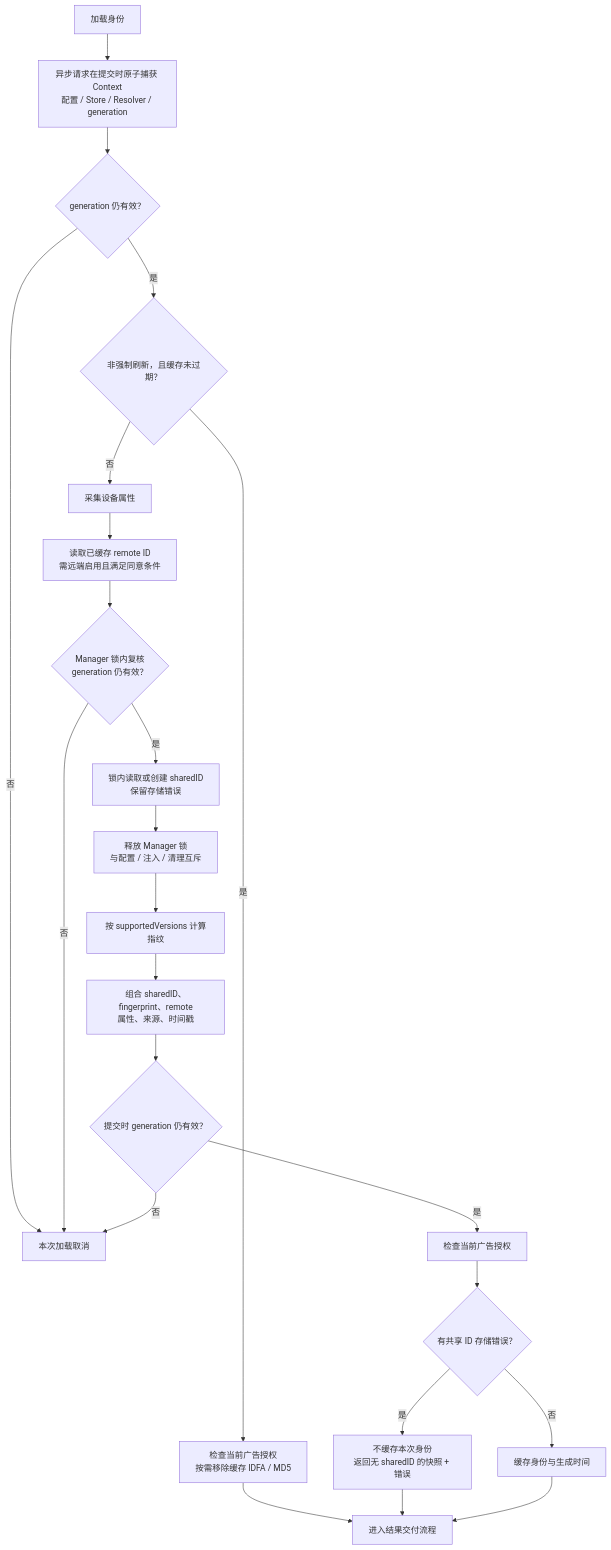
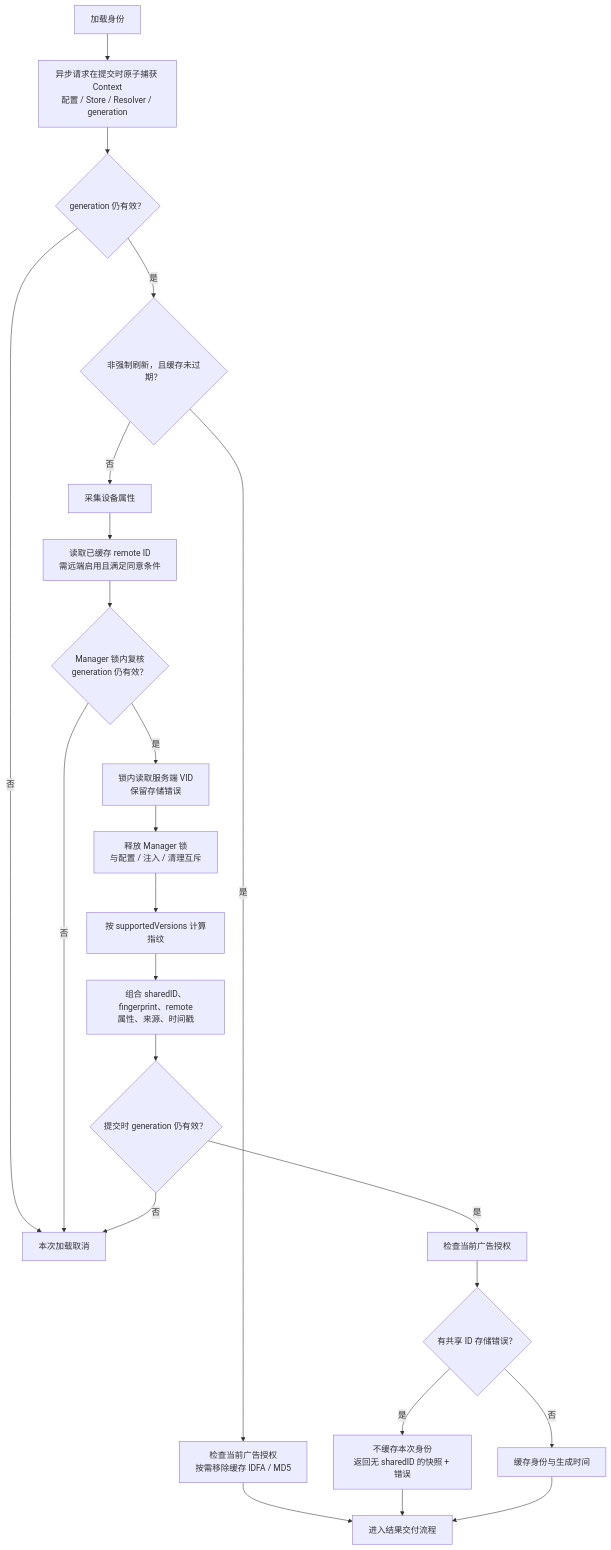
The third of 13 diagrams in PBCrossAppUniqueDeviceIdentifier/Docs/FeatureFlows.md (shanbozhu/TestOC), drawn with Mermaid before and after one commit. The commit also changed other lines of this file and 20 other files, not shown here.

````diff
--- a/PBCrossAppUniqueDeviceIdentifier/Docs/FeatureFlows.md
+++ b/PBCrossAppUniqueDeviceIdentifier/Docs/FeatureFlows.md
@@ -89,25 +89,25 @@
 ```mermaid
 flowchart TD
     Start["加载身份"] --> Context["异步请求在提交时原子捕获 Context<br/>配置 / Store / Resolver / generation"]
     Context --> Valid{"generation 仍有效？"}
     Valid -->|否| Cancel["本次加载取消"]
     Valid -->|是| Hit{"非强制刷新，且缓存未过期？"}
     Hit -->|是| Cached["检查当前广告授权<br/>按需移除缓存 IDFA / MD5"]
     Cached --> Return["进入结果交付流程"]
     Hit -->|否| Collect["采集设备属性"]
     Collect --> Remote["读取已缓存 remote ID<br/>需远端启用且满足同意条件"]
     Remote --> StorageLock{"Manager 锁内复核<br/>generation 仍有效？"}
     StorageLock -->|否| Cancel
-    StorageLock -->|是| Shared["锁内读取或创建 sharedID<br/>保留存储错误"]
+    StorageLock -->|是| Shared["锁内读取服务端 VID<br/>保留存储错误"]
     Shared --> Unlock["释放 Manager 锁<br/>与配置 / 注入 / 清理互斥"]
     Unlock --> Generate["按 supportedVersions 计算指纹"]
     Generate --> Build["组合 sharedID、fingerprint、remote<br/>属性、来源、时间戳"]
     Build --> Commit{"提交时 generation 仍有效？"}
     Commit -->|否| Cancel
     Commit -->|是| Sanitize["检查当前广告授权"]
     Sanitize --> Error{"有共享 ID 存储错误？"}
     Error -->|是| Partial["不缓存本次身份<br/>返回无 sharedID 的快照 + 错误"]
     Error -->|否| Save["缓存身份与生成时间"]
     Partial --> Return
     Save --> Return
 ```
````
